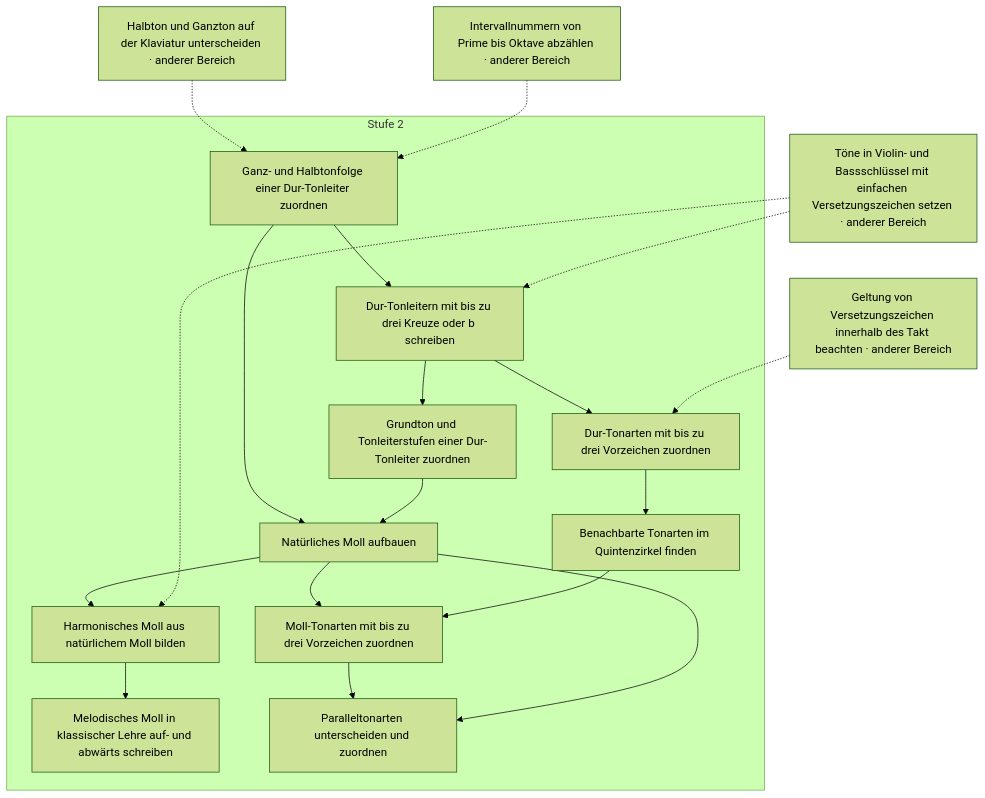
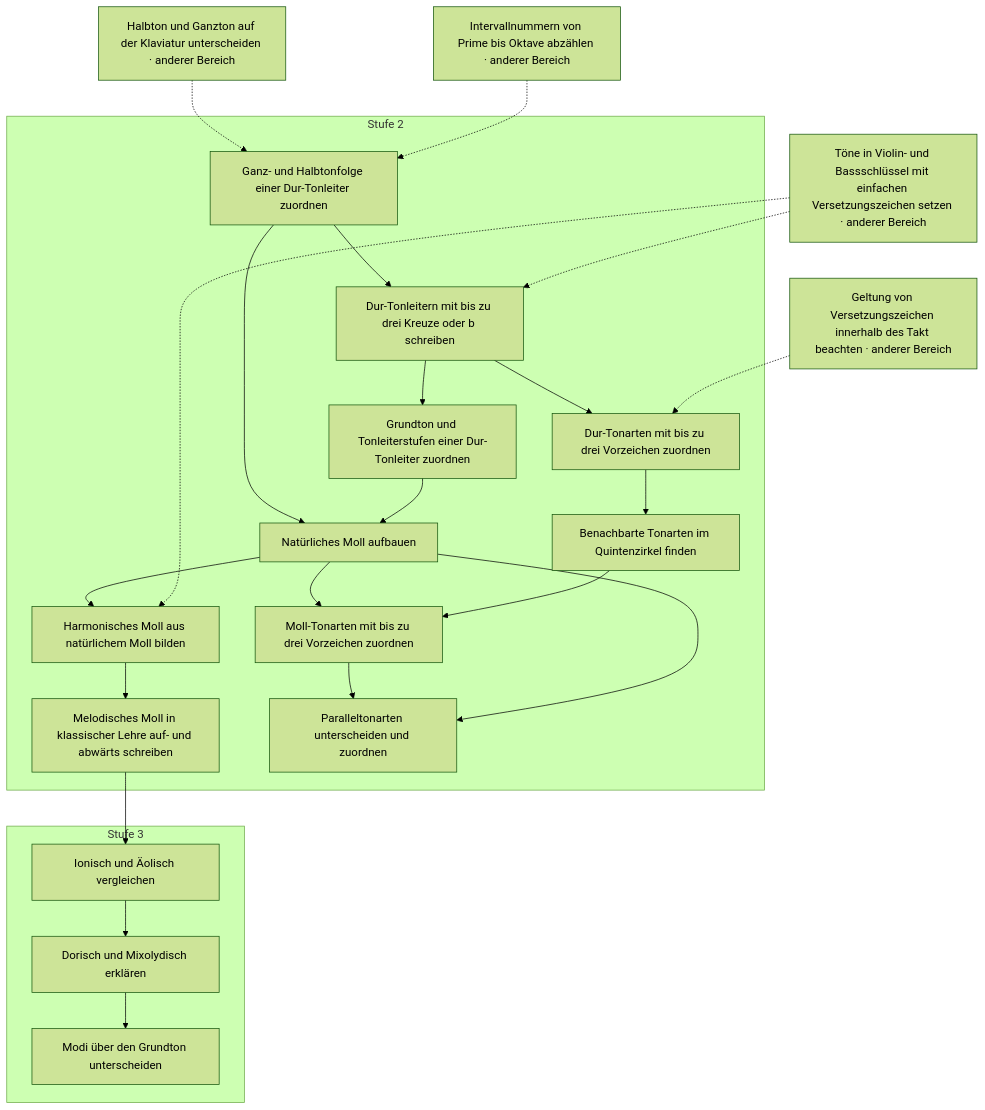
Before and after one commit to PhiFa96/harmonia: the sixth of 13 diagrams in docs/plan/faehigkeitsgraph-diagramme.md, drawn with Mermaid (forest theme). The commit also changed other lines of this file and 47 other files, not shown here.

````diff
--- a/docs/plan/faehigkeitsgraph-diagramme.md
+++ b/docs/plan/faehigkeitsgraph-diagramme.md
@@ -353,36 +398,44 @@
 ```mermaid
 flowchart TD
   subgraph level2["Stufe 2"]
     s59["Ganz- und Halbtonfolge einer Dur-Tonleiter zuordnen"]
     s60["Dur-Tonleitern mit bis zu drei Kreuze oder b schreiben"]
     s61["Grundton und Tonleiterstufen einer Dur-Tonleiter zuordnen"]
     s62["Natürliches Moll aufbauen"]
     s63["Harmonisches Moll aus natürlichem Moll bilden"]
     s64["Melodisches Moll in klassischer Lehre auf- und abwärts schreiben"]
     s65["Dur-Tonarten mit bis zu drei Vorzeichen zuordnen"]
     s66["Benachbarte Tonarten im Quintenzirkel finden"]
     s67["Moll-Tonarten mit bis zu drei Vorzeichen zuordnen"]
     s68["Paralleltonarten unterscheiden und zuordnen"]
+  end
+  subgraph level3["Stufe 3"]
+    s90["Ionisch und Äolisch vergleichen"]
+    s91["Dorisch und Mixolydisch erklären"]
+    s92["Modi über den Grundton unterscheiden"]
   end
   s7["Halbton und Ganzton auf der Klaviatur unterscheiden · anderer Bereich"]
   s22["Intervallnummern von Prime bis Oktave abzählen · anderer Bereich"]
   s45["Töne in Violin- und Bassschlüssel mit einfachen Versetzungszeichen setzen · anderer Bereich"]
   s43["Geltung von Versetzungszeichen innerhalb des Takt beachten · anderer Bereich"]
   s7 -.-> s59
   s22 -.-> s59
   s59 --> s60
   s45 -.-> s60
   s60 --> s61
   s59 --> s62
   s61 --> s62
   s62 --> s63
   s45 -.-> s63
   s63 --> s64
   s60 --> s65
   s43 -.-> s65
   s65 --> s66
   s62 --> s67
   s66 --> s67
   s67 --> s68
   s62 --> s68
+  s64 --> s90
+  s90 --> s91
+  s91 --> s92
 ```
````
